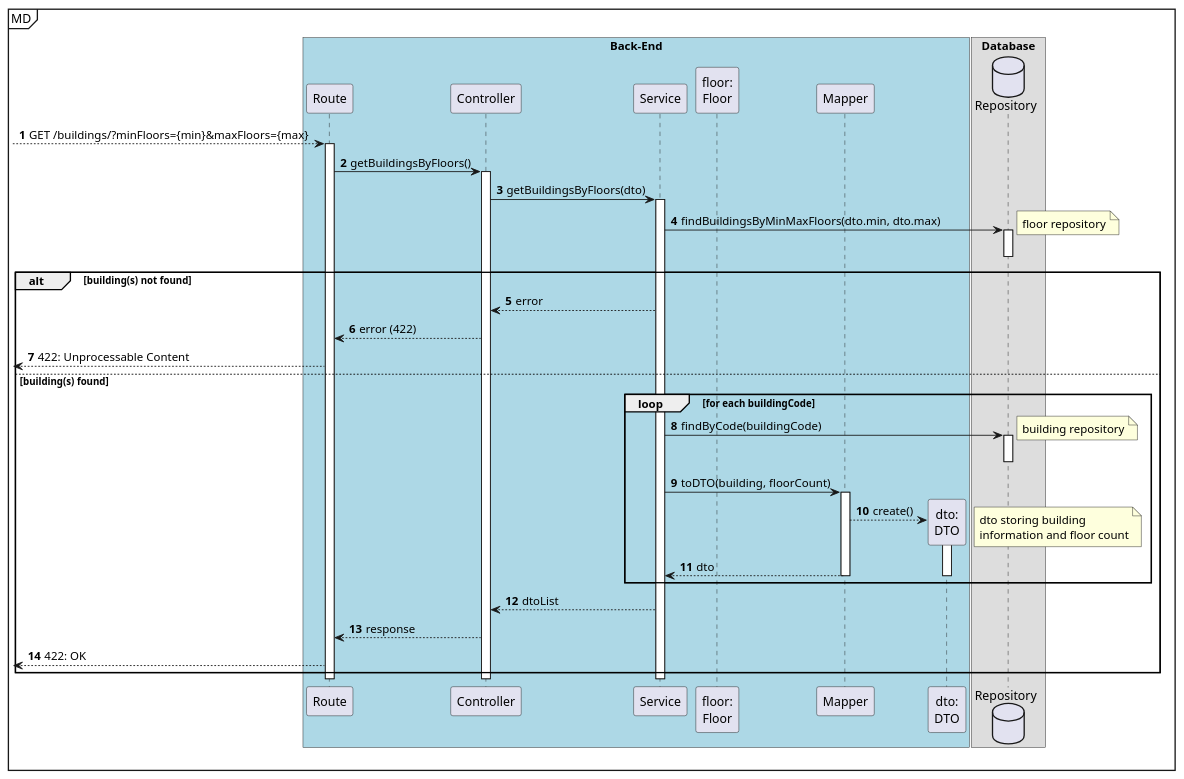
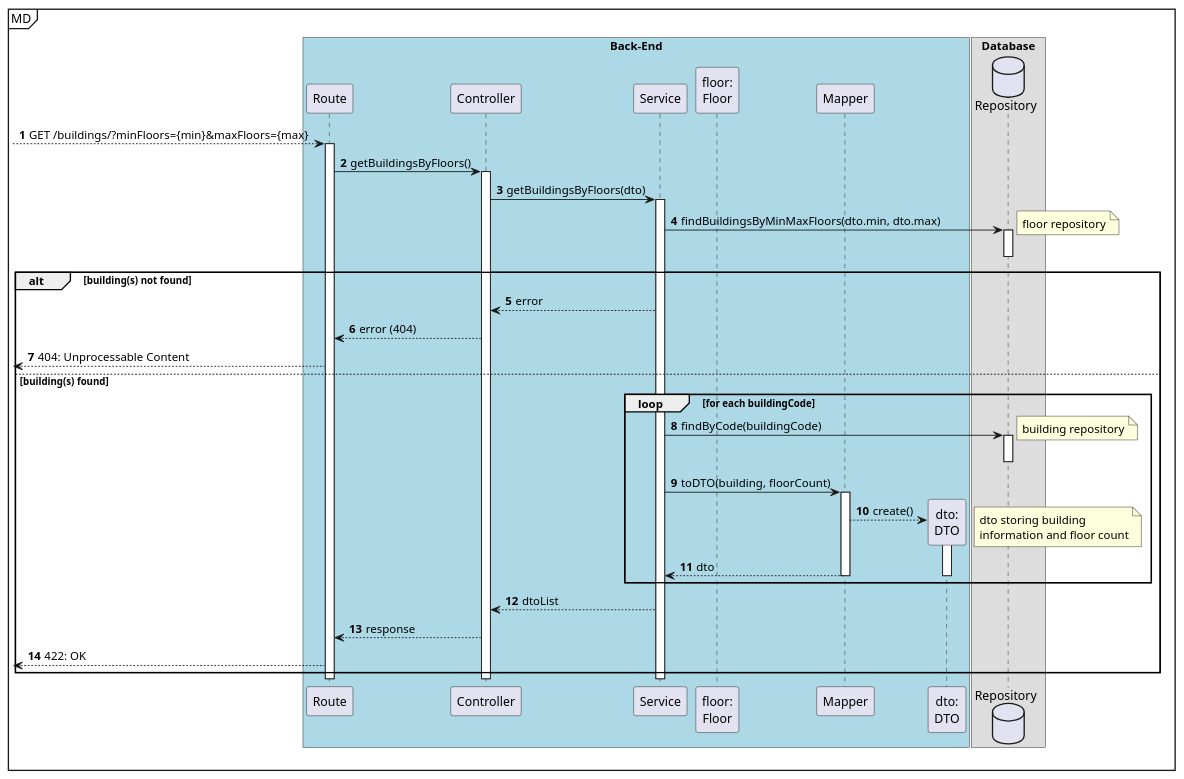
The diagram in docs/us180/level3/process-view.puml (Departamento-de-Engenharia-Informatica/lapr5-23-24-g19), drawn with PlantUML before and after one commit.

Commit message:
docs(us180): changed error code in level3 process view

```diff
--- a/docs/us180/level3/process-view.puml
+++ b/docs/us180/level3/process-view.puml
@@ -1,60 +1,60 @@
 @startuml
 autonumber
 
 mainframe MD
 box "Back-End" #LightBlue
 participant "Route" as r
 participant "Controller" as ctrl
 participant "Service" as svc
 
 participant "floor:\nFloor" as floor
 participant "Mapper" as map
 participant "dto:\nDTO" as dto
 end box
 
 box "Database"
 database "Repository" as repo
 end box
 
 [--> r: GET /buildings/?minFloors={min}&maxFloors={max}
 activate r
     r -> ctrl : getBuildingsByFloors()
     activate ctrl
         ctrl -> svc : getBuildingsByFloors(dto)
         activate svc
             svc -> repo : findBuildingsByMinMaxFloors(dto.min, dto.max)
             activate repo
                 note right: floor repository
             deactivate repo
 
             alt building(s) not found
                 svc --> ctrl : error
-                ctrl --> r : error (422)
-                [<--r : 422: Unprocessable Content
+                ctrl --> r : error (404)
+                [<--r : 404: Unprocessable Content
             else building(s) found
 
             loop for each buildingCode
                 svc -> repo : findByCode(buildingCode)
                 activate repo
                     note right : building repository
                 deactivate repo
 
                 svc -> map : toDTO(building, floorCount)
 
                 activate map
                     map --> dto** : create()
                     note right: dto storing building \ninformation and floor count
                     activate dto
                         map --> svc : dto
                     deactivate dto
                 deactivate map
             end loop
                 svc --> ctrl : dtoList
                 ctrl --> r : response
                 [<-- r : 422: OK
             end
         deactivate svc
     deactivate ctrl
 deactivate r
 
 @enduml
```
